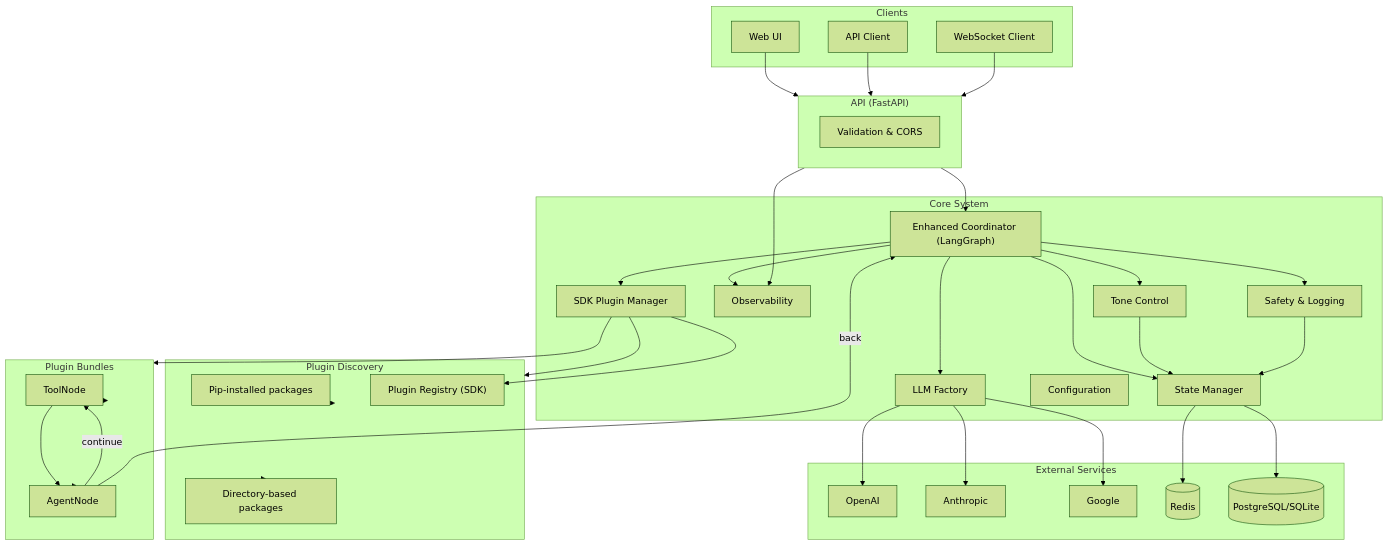
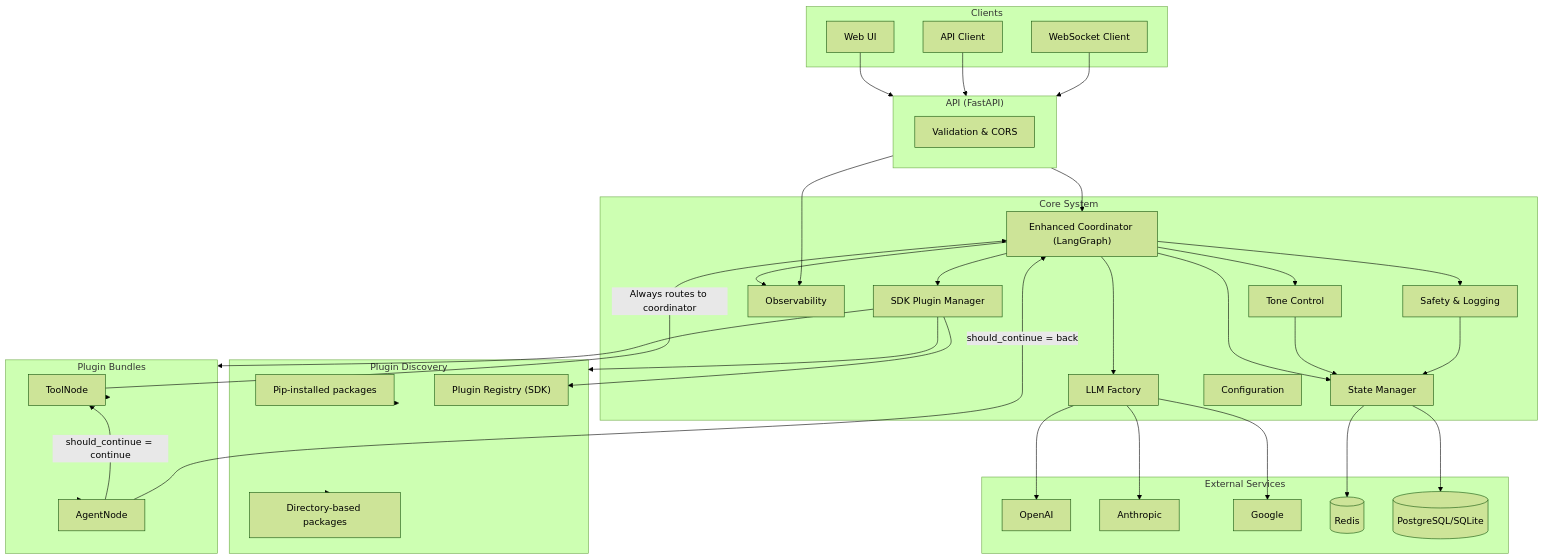
The first of 6 diagrams in docs/concepts/architecture.md (jonaskahn/cadence), drawn with Mermaid (forest theme) before and after one commit. The commit also changed other lines of this file and 3 other files, not shown here.

````diff
--- a/docs/concepts/architecture.md
+++ b/docs/concepts/architecture.md
@@ -8,77 +8,77 @@
 ```mermaid
 flowchart TD
     subgraph Clients
         Web[Web UI]
         ApiClient[API Client]
         WsClient[WebSocket Client]
     end
 
     subgraph API["API (FastAPI)"]
         Val[Validation & CORS]
     end
 
     subgraph Core["Core System"]
         Coord["Enhanced Coordinator (LangGraph)"]
         SDKPM[SDK Plugin Manager]
         State[State Manager]
         LLMF[LLM Factory]
         Obs[Observability]
         Conf[Configuration]
         Tone[Tone Control]
         Safety[Safety & Logging]
     end
 
     subgraph Discovery["Plugin Discovery"]
         Pip["Pip-installed packages"]
         Dir["Directory-based packages"]
         Reg["Plugin Registry (SDK)"]
     end
 
     subgraph Bundles["Plugin Bundles"]
         AgentNode["AgentNode"]
         ToolNode["ToolNode"]
     end
 
     subgraph External["External Services"]
         OA[OpenAI]
         AN[Anthropic]
         GG[Google]
         Redis[(Redis)]
         DB[(PostgreSQL/SQLite)]
     end
 
     Web --> API
     ApiClient --> API
     WsClient --> API
 
     API --> Coord
     Coord --> SDKPM
     SDKPM --> Discovery
     Discovery --> Pip
     Discovery --> Dir
     SDKPM --> Reg
     SDKPM --> Bundles
     Bundles --> AgentNode
     Bundles --> ToolNode
-    AgentNode -- "continue" --> ToolNode
-    ToolNode --> AgentNode
-    AgentNode -- "back" --> Coord
+    AgentNode -- "should_continue = continue" --> ToolNode
+    AgentNode -- "should_continue = back" --> Coord
+    ToolNode -- "Always routes to coordinator" --> Coord
 
     Coord --> State
     State --> Redis
     State --> DB
 
     Coord --> LLMF
     LLMF --> OA
     LLMF --> AN
     LLMF --> GG
 
     Coord --> Tone
     Tone --> State
 
     Coord --> Safety
     Safety --> State
 
     API --> Obs
     Coord --> Obs
 ```
````
